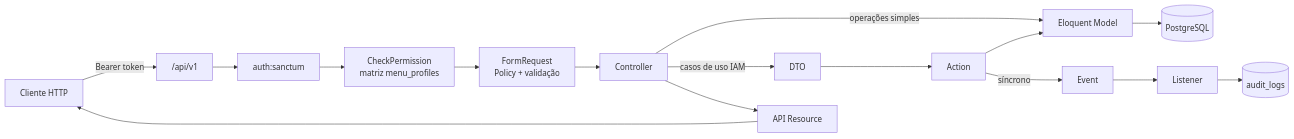
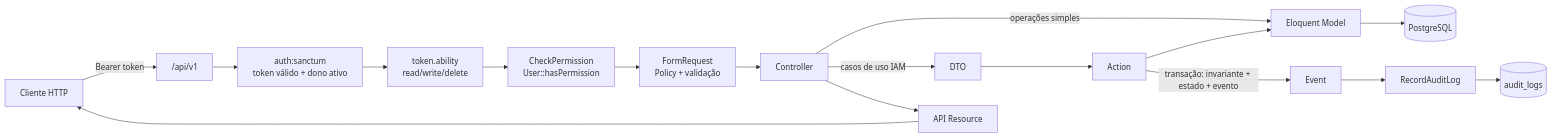
Before and after one commit to RafaSantos04/NAPI: the diagram in docs/architecture/overview.md, drawn with Mermaid. The commit also changed other lines of this file and 26 other files, not shown here.

Commit message:
docs(security): registra Fase 3.2 com ADR-0008 de autorização em camadas, supersede ADR-0004/0006 e atualiza findings, threat model, invariantes, API e schema

````diff
--- a/docs/architecture/overview.md
+++ b/docs/architecture/overview.md
@@ -12,14 +12,15 @@
 ```mermaid
 flowchart LR
     Client[Cliente HTTP] -->|Bearer token| API["/api/v1"]
-    API --> Auth[auth:sanctum]
-    Auth --> Matrix[CheckPermission<br/>matriz menu_profiles]
+    API --> Auth[auth:sanctum<br/>token válido + dono ativo]
+    Auth --> Ability[token.ability<br/>read/write/delete]
+    Ability --> Matrix[CheckPermission<br/>User::hasPermission]
     Matrix --> Req[FormRequest<br/>Policy + validação]
     Req --> Ctrl[Controller]
     Ctrl -->|operações simples| Model[Eloquent Model]
     Ctrl -->|casos de uso IAM| DTO --> Action
     Action --> Model
-    Action -->|síncrono| Event --> Listener --> Audit[(audit_logs)]
+    Action -->|transação: invariante + estado + evento| Event --> Listener[RecordAuditLog] --> Audit[(audit_logs)]
     Model --> PG[(PostgreSQL)]
     Ctrl --> Res[API Resource] --> Client
 ```
````
